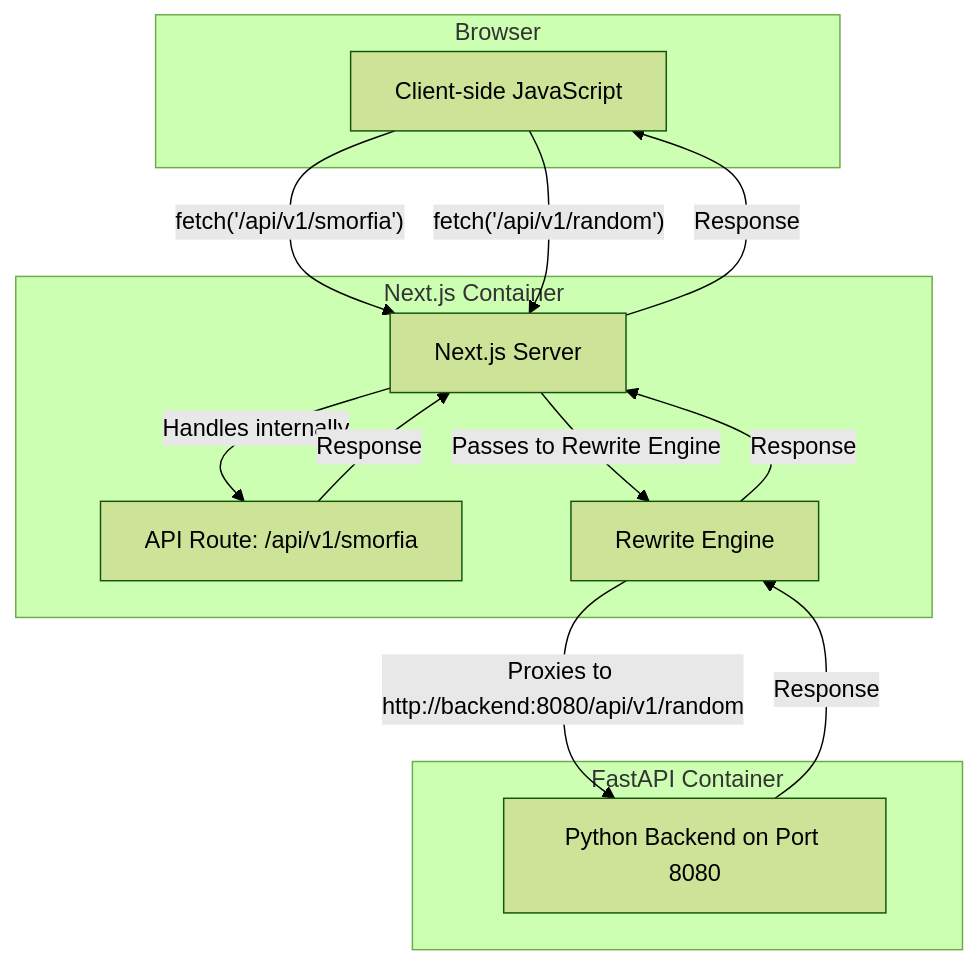
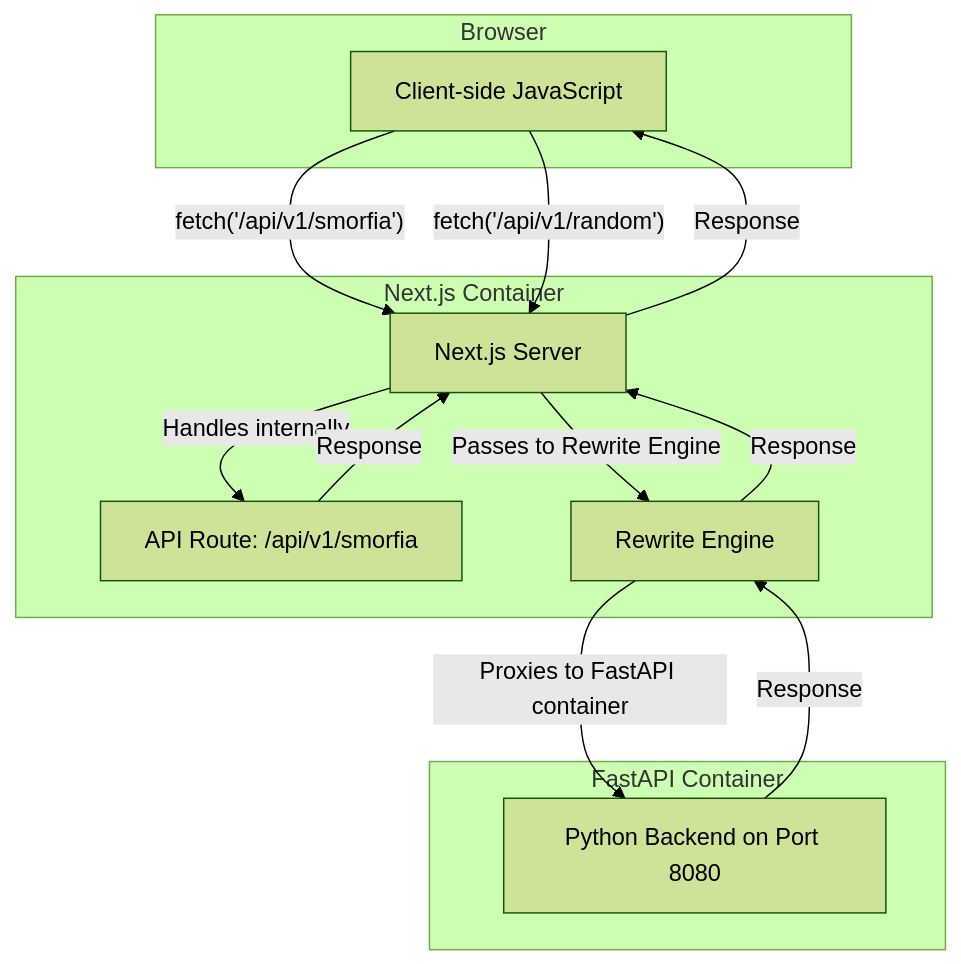
Before and after one commit to rjalexa/rjafecit: the first of 2 diagrams in README.md, drawn with Mermaid (forest theme).

````diff
--- a/README.md
+++ b/README.md
@@ -18,27 +18,27 @@
 ```mermaid
 graph TD
     subgraph Browser
         A[Client-side JavaScript]
     end
 
     subgraph "Next.js Container"
         B[Next.js Server]
         C[API Route: /api/v1/smorfia]
         E[Rewrite Engine]
     end
 
     subgraph "FastAPI Container"
         D[Python Backend on Port 8080]
     end
 
     A -- "fetch('/api/v1/smorfia')" --> B
     B -- "Handles internally" --> C
     C -- "Response" --> B
     B -- "Response" --> A
 
     A -- "fetch('/api/v1/random')" --> B
     B -- "Passes to Rewrite Engine" --> E
-    E -- "Proxies to http://backend:8080/api/v1/random" --> D
+    E -- "Proxies to FastAPI container" --> D
     D -- "Response" --> E
     E -- "Response" --> B
 ```
````
